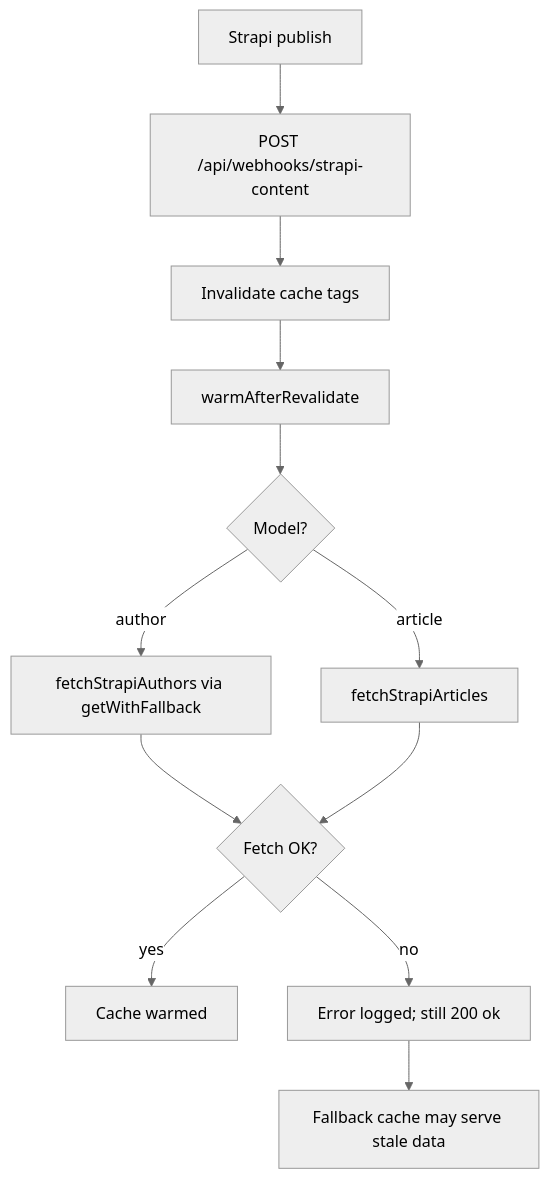
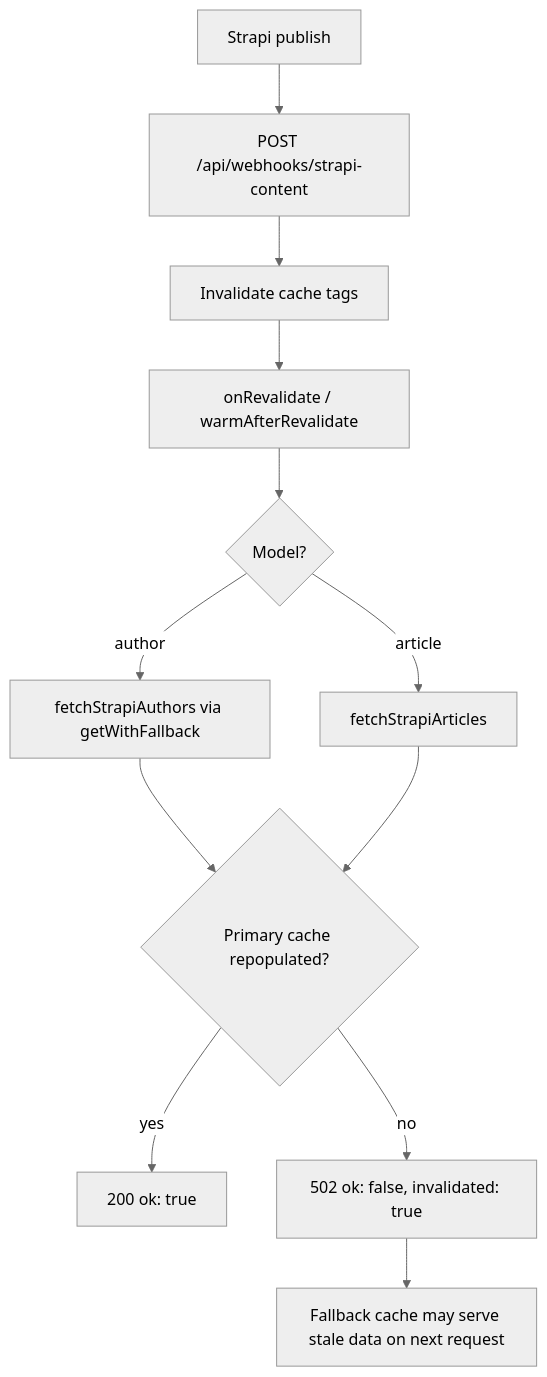
The diagram in docs/BUG_AUDIT.md (datum-cloud/datum.net), drawn with Mermaid (neutral theme) before and after one commit. The commit also changed other lines of this file and 2 other files, not shown here.

First line of the commit message:
fix(webhook): use package onRevalidate for cache warm

````diff
--- a/docs/BUG_AUDIT.md
+++ b/docs/BUG_AUDIT.md
@@ -190,14 +196,14 @@
 ```mermaid
 flowchart TD
     A[Strapi publish] --> B[POST /api/webhooks/strapi-content]
     B --> C[Invalidate cache tags]
-    C --> D[warmAfterRevalidate]
+    C --> D[onRevalidate / warmAfterRevalidate]
     D --> E{Model?}
     E -->|article| F[fetchStrapiArticles]
     E -->|author| G[fetchStrapiAuthors via getWithFallback]
-    G --> H{Fetch OK?}
+    G --> H{Primary cache repopulated?}
     F --> H
-    H -->|yes| I[Cache warmed]
-    H -->|no| J[Error logged; still 200 ok]
-    J --> K[Fallback cache may serve stale data]
+    H -->|yes| I[200 ok: true]
+    H -->|no| J[502 ok: false, invalidated: true]
+    J --> K[Fallback cache may serve stale data on next request]
 ```
````
